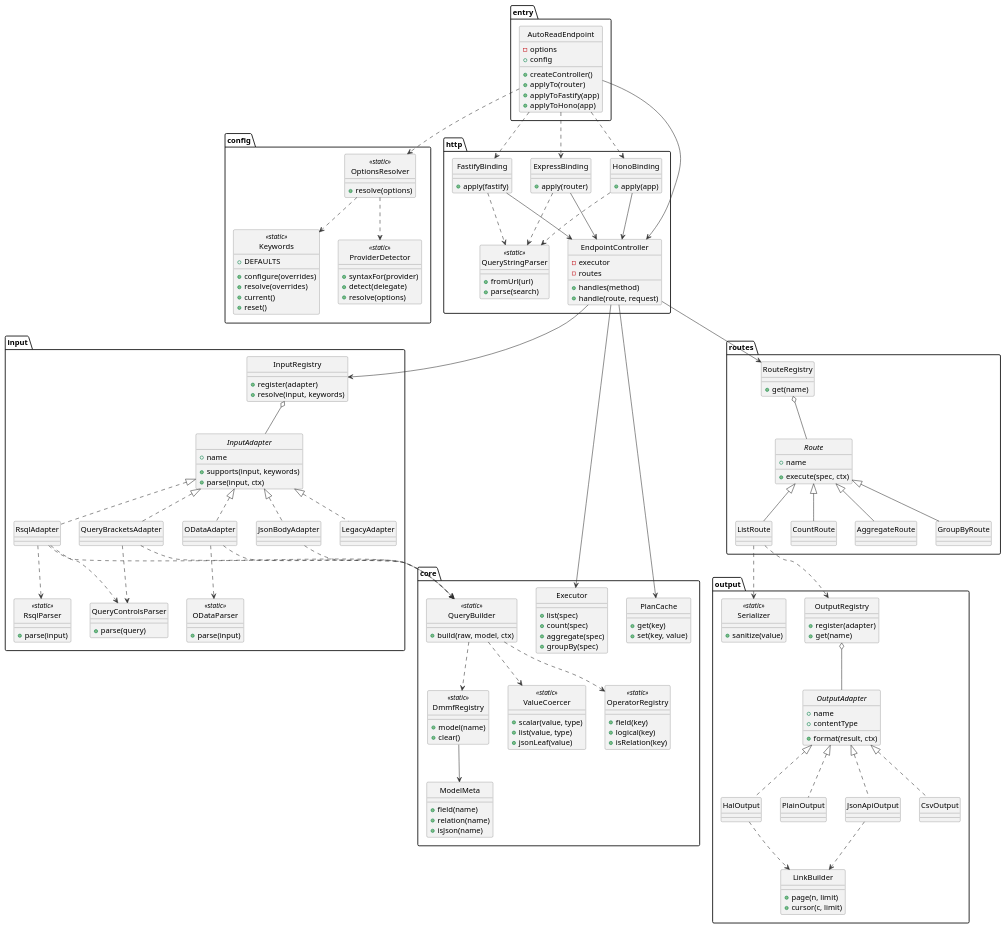
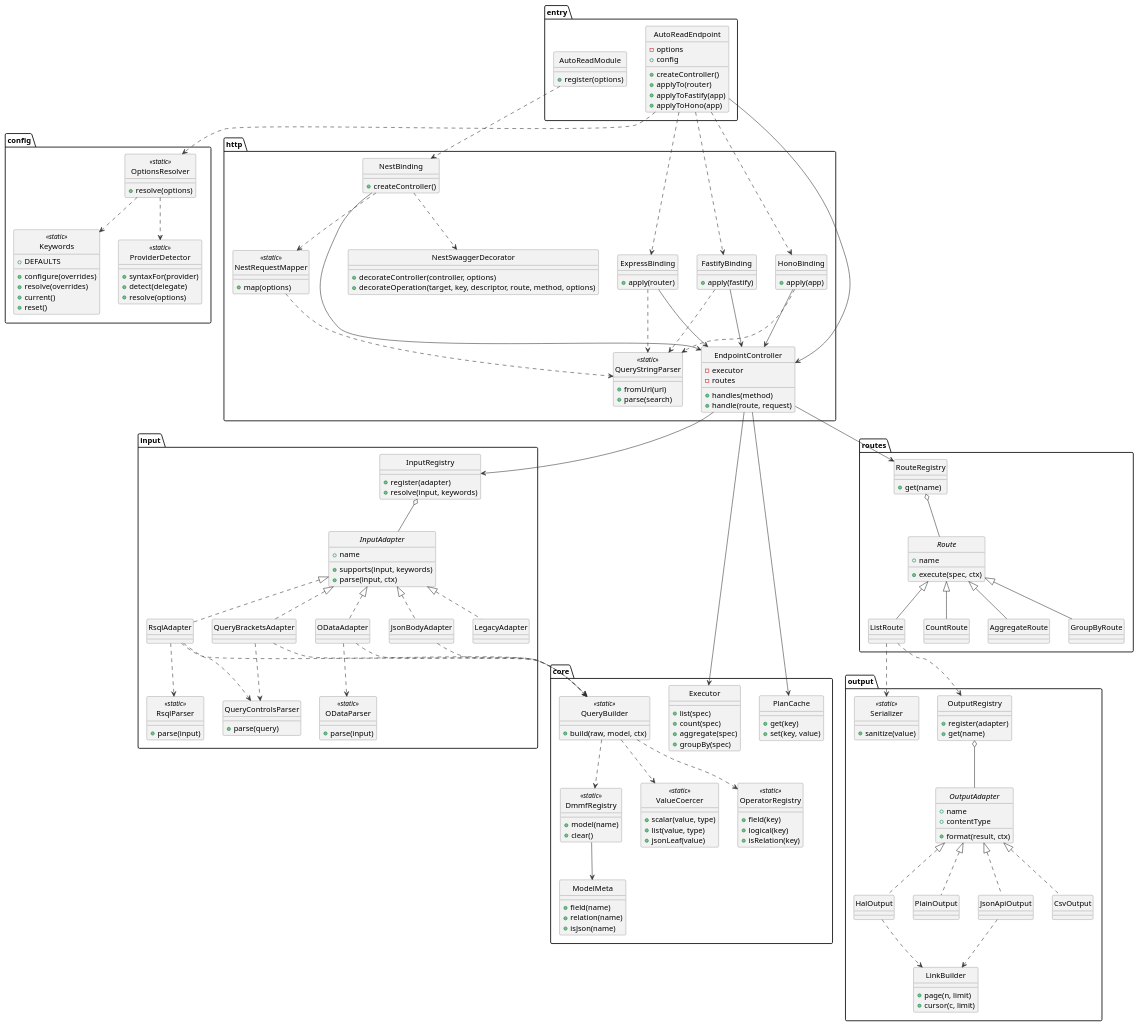
The diagram in docs/diagrams/puml/classes.puml (didactika/prisma-autoread), drawn with PlantUML before and after one commit. The commit also changed 10 other files, not shown here.

```diff
--- a/docs/diagrams/puml/classes.puml
+++ b/docs/diagrams/puml/classes.puml
@@ -18,6 +18,9 @@
     +applyTo(router)
     +applyToFastify(app)
     +applyToHono(app)
+  }
+  class AutoReadModule {
+    +register(options)
   }
 }
 
@@ -54,6 +57,16 @@
   }
   class HonoBinding {
     +apply(app)
+  }
+  class NestBinding {
+    +createController()
+  }
+  class NestRequestMapper <<static>> {
+    +map(options)
+  }
+  class NestSwaggerDecorator {
+    +decorateController(controller, options)
+    +decorateOperation(target, key, descriptor, route, method, options)
   }
   class QueryStringParser <<static>> {
     +fromUrl(url)
@@ -166,13 +179,18 @@
 AutoReadEndpoint ..> ExpressBinding
 AutoReadEndpoint ..> FastifyBinding
 AutoReadEndpoint ..> HonoBinding
+AutoReadModule ..> NestBinding
 
 ExpressBinding --> EndpointController
 FastifyBinding --> EndpointController
 HonoBinding --> EndpointController
+NestBinding --> EndpointController
 ExpressBinding ..> QueryStringParser
 FastifyBinding ..> QueryStringParser
 HonoBinding ..> QueryStringParser
+NestBinding ..> NestRequestMapper
+NestBinding ..> NestSwaggerDecorator
+NestRequestMapper ..> QueryStringParser
 
 EndpointController --> InputRegistry
 EndpointController --> RouteRegistry
```
